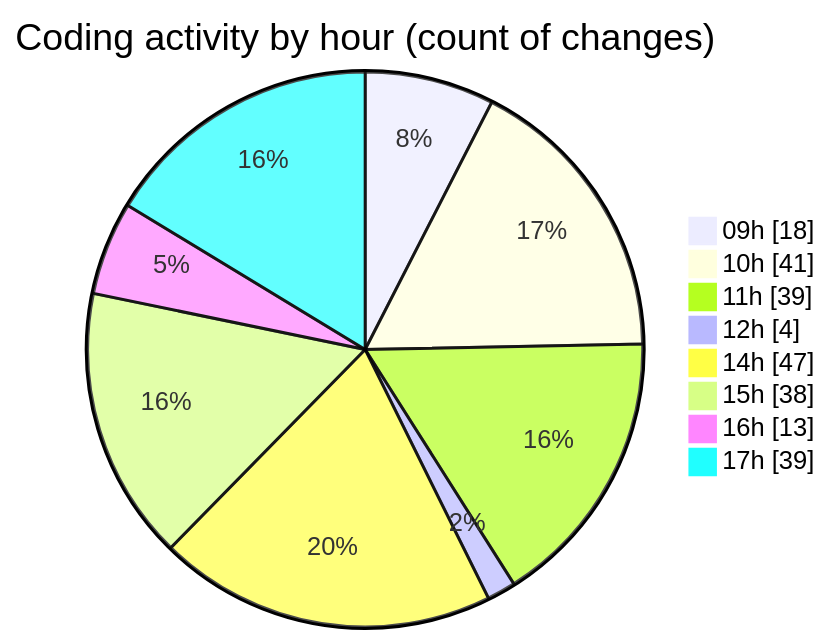
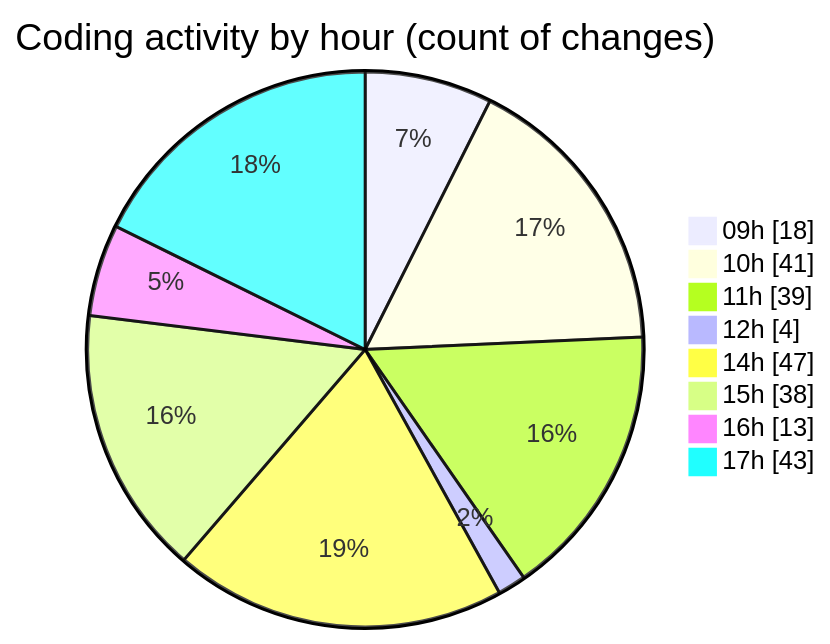
The second of 2 diagrams in 2025-02-11/cda/README.md (momahboobian/code-tracking), drawn with Mermaid before and after one commit. The commit also changed other lines of this file and 1 other file, not shown here.

````diff
--- a/2025-02-11/cda/README.md
+++ b/2025-02-11/cda/README.md
@@ -34,12 +34,12 @@
 ```mermaid
 pie showData
 title Coding activity by hour (count of changes)
 "09h" : 18
 "10h" : 41
 "11h" : 39
 "12h" : 4
 "14h" : 47
 "15h" : 38
 "16h" : 13
-"17h" : 39
+"17h" : 43
 ```
````
